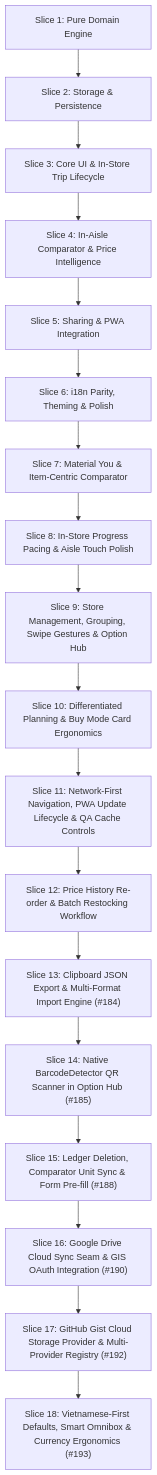
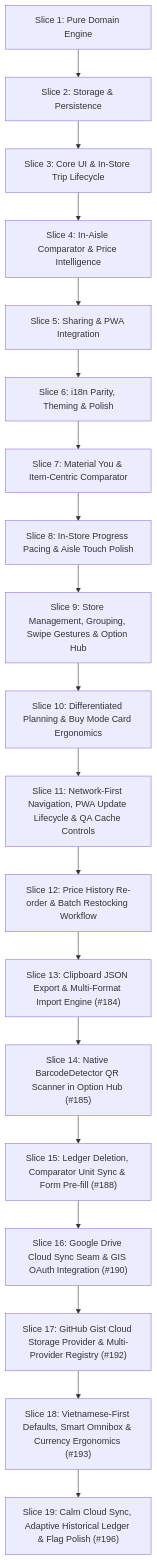
Before and after one commit to thanhtrixx/html-standalone-tools: the diagram in smart-buy-list-price-tracker/ITEMS_TO_IMPLEMENT.md, drawn with Mermaid. The commit also changed other lines of this file and 9 other files, not shown here.

First line of the commit message:
feat(smart-buy-list): calm cloud sync, adaptive ledger mobile cards & flag parity (v3.5.0)

````diff
--- a/smart-buy-list-price-tracker/ITEMS_TO_IMPLEMENT.md
+++ b/smart-buy-list-price-tracker/ITEMS_TO_IMPLEMENT.md
@@ -105,23 +109,24 @@
 ```mermaid
 flowchart TD
     S1["Slice 1: Pure Domain Engine"]
     S2["Slice 2: Storage &amp; Persistence"]
     S3["Slice 3: Core UI &amp; In-Store Trip Lifecycle"]
     S4["Slice 4: In-Aisle Comparator &amp; Price Intelligence"]
     S5["Slice 5: Sharing &amp; PWA Integration"]
     S6["Slice 6: i18n Parity, Theming &amp; Polish"]
     S7["Slice 7: Material You &amp; Item-Centric Comparator"]
     S8["Slice 8: In-Store Progress Pacing &amp; Aisle Touch Polish"]
     S9["Slice 9: Store Management, Grouping, Swipe Gestures &amp; Option Hub"]
     S10["Slice 10: Differentiated Planning &amp; Buy Mode Card Ergonomics"]
     S11["Slice 11: Network-First Navigation, PWA Update Lifecycle &amp; QA Cache Controls"]
     S12["Slice 12: Price History Re-order &amp; Batch Restocking Workflow"]
     S13["Slice 13: Clipboard JSON Export &amp; Multi-Format Import Engine (#184)"]
     S14["Slice 14: Native BarcodeDetector QR Scanner in Option Hub (#185)"]
     S15["Slice 15: Ledger Deletion, Comparator Unit Sync &amp; Form Pre-fill (#188)"]
     S16["Slice 16: Google Drive Cloud Sync Seam &amp; GIS OAuth Integration (#190)"]
     S17["Slice 17: GitHub Gist Cloud Storage Provider &amp; Multi-Provider Registry (#192)"]
     S18["Slice 18: Vietnamese-First Defaults, Smart Omnibox &amp; Currency Ergonomics (#193)"]
+    S19["Slice 19: Calm Cloud Sync, Adaptive Historical Ledger &amp; Flag Polish (#196)"]
 
-    S1 --> S2 --> S3 --> S4 --> S5 --> S6 --> S7 --> S8 --> S9 --> S10 --> S11 --> S12 --> S13 --> S14 --> S15 --> S16 --> S17 --> S18
+    S1 --> S2 --> S3 --> S4 --> S5 --> S6 --> S7 --> S8 --> S9 --> S10 --> S11 --> S12 --> S13 --> S14 --> S15 --> S16 --> S17 --> S18 --> S19
 ```
````
